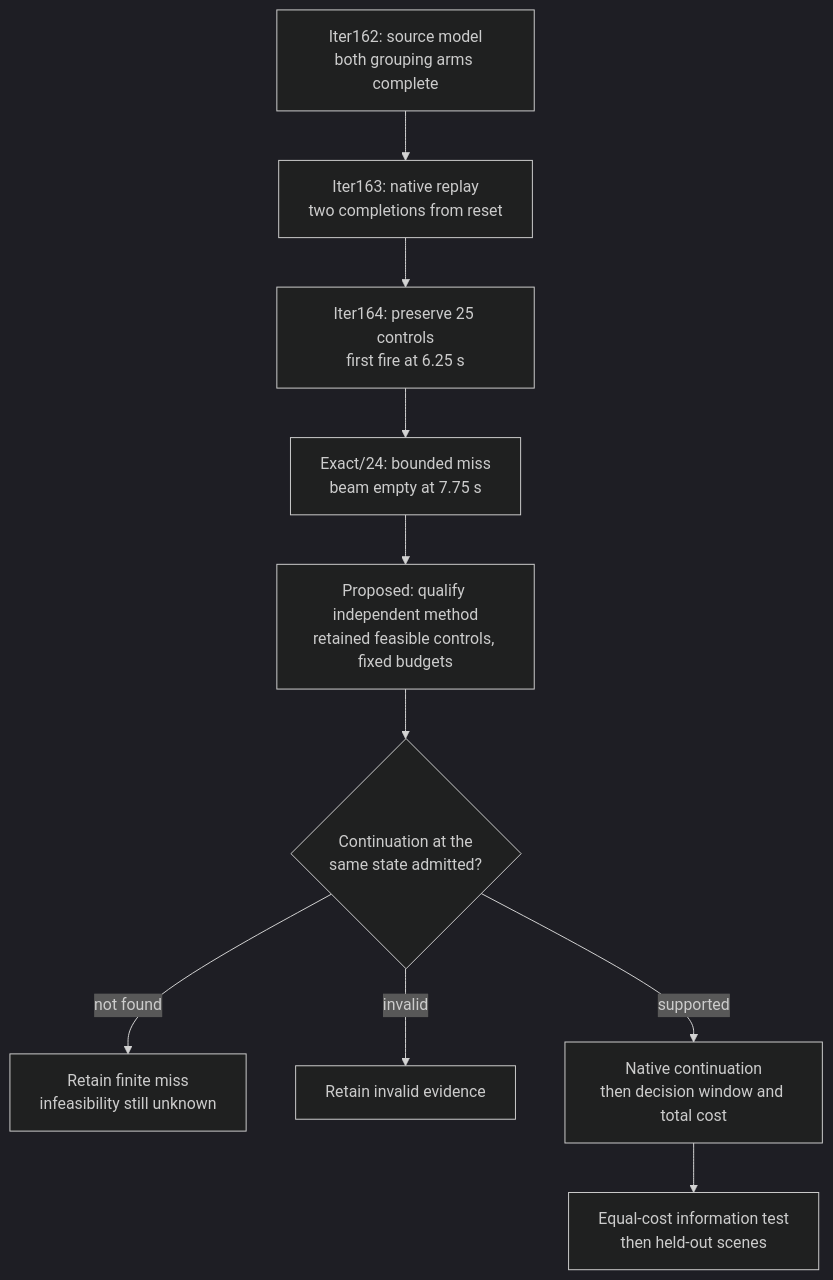
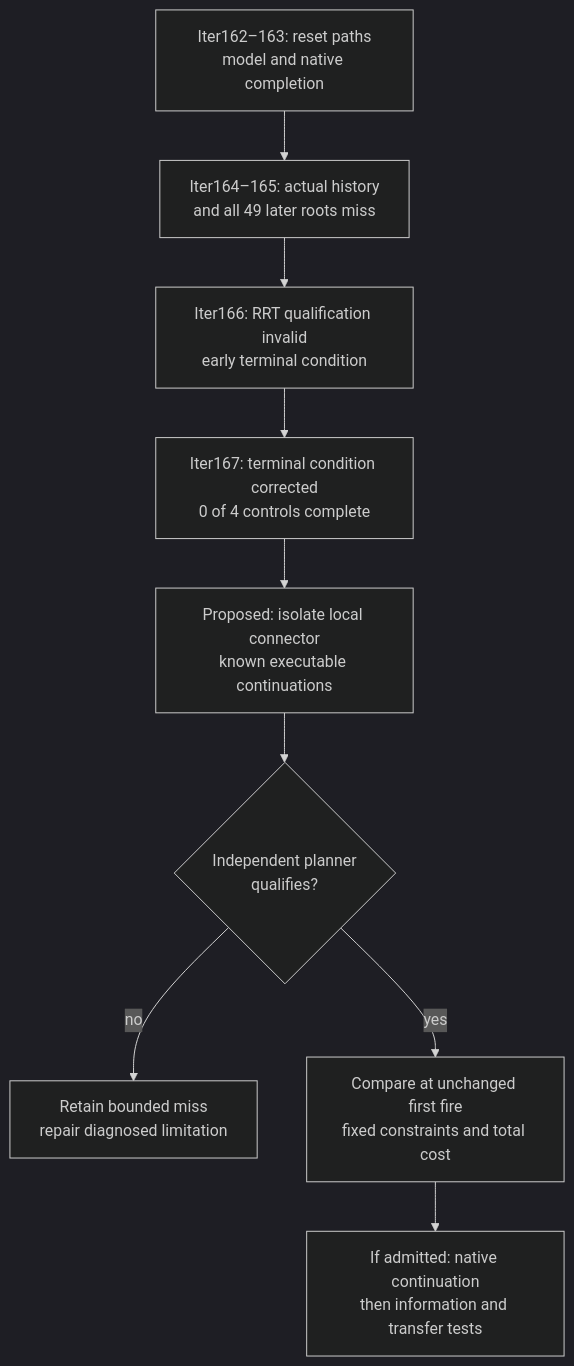
The third of 3 diagrams in README.md (manfromnowhere143/sentinel), drawn with Mermaid (dark theme) before and after one commit. The commit also changed other lines of this file and 23 other files, not shown here.

Commit message:
research: close braking audit and planner qualification with explicit limits

````diff
--- a/README.md
+++ b/README.md
@@ -634,14 +666,13 @@
 ```mermaid
 flowchart TB
-  accTitle: Distinguish search failure from late intervention
-  accDescr: The qualified historical prefix yields a bounded miss; independent methods precede a decision-time claim.
-  S["Iter162: source model<br/>both grouping arms complete"] --> V["Iter163: native replay<br/>two completions from reset"]
-  V --> P["Iter164: preserve 25 controls<br/>first fire at 6.25 s"]
-  P --> B["Exact/24: bounded miss<br/>beam empty at 7.75 s"]
-  B --> Q["Proposed: qualify independent method<br/>retained feasible controls, fixed budgets"]
-  Q --> R{"Continuation at the<br/>same state admitted?"}
-  R -- "not found" --> N["Retain finite miss<br/>infeasibility still unknown"]
-  R -- "invalid" --> U["Retain invalid evidence"]
-  R -- "supported" --> W["Native continuation<br/>then decision window and total cost"]
-  W --> I["Equal-cost information test<br/>then held-out scenes"]
+  accTitle: Separate search competence from intervention timing
+  accDescr: Finite source misses and failed adapter qualification do not prove unrecoverability.
+  S["Iter162–163: reset paths<br/>model and native completion"] --> B["Iter164–165: actual history<br/>and all 49 later roots miss"]
+  B --> Q["Iter166: RRT qualification invalid<br/>early terminal condition"]
+  Q --> C["Iter167: terminal condition corrected<br/>0 of 4 controls complete"]
+  C --> D["Proposed: isolate local connector<br/>known executable continuations"]
+  D --> A{"Independent planner<br/>qualifies?"}
+  A -- "no" --> N["Retain bounded miss<br/>repair diagnosed limitation"]
+  A -- "yes" --> R["Compare at unchanged first fire<br/>fixed constraints and total cost"]
+  R --> W["If admitted: native continuation<br/>then information and transfer tests"]
 ```
````
